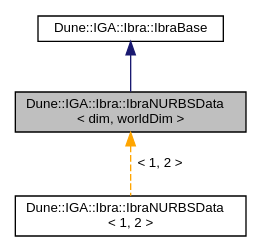
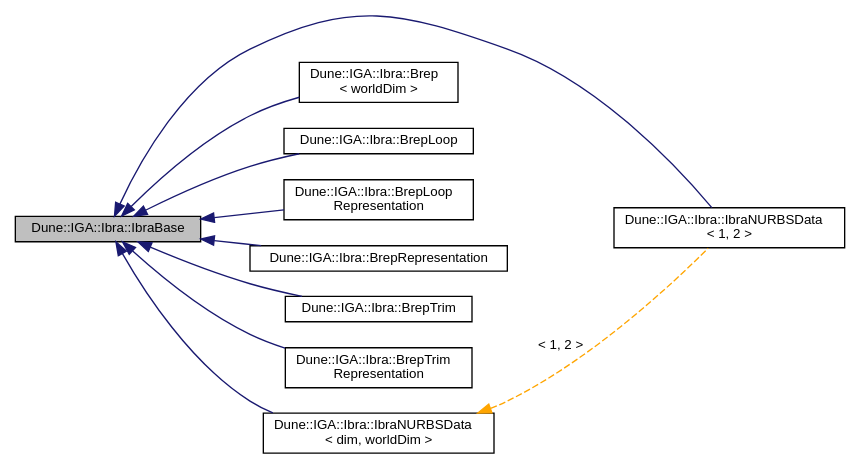
Before and after one commit to rath3t/dune-iga-doc: the diagram in df/db8/a01317.dot, drawn with Graphviz. The commit also changed 1449 other files, not shown here.

Commit message:
deploy: rath3t/dune-iga@c37fb8baec5ad367eeeef185a6493b53d9910953

```diff
--- a/df/db8/a01317.dot
+++ b/df/db8/a01317.dot
@@ -1,11 +1,25 @@
-digraph "Dune::IGA::Ibra::IbraNURBSData&lt; dim, worldDim &gt;"
+digraph "Dune::IGA::Ibra::IbraBase"
 {
  // LATEX_PDF_SIZE
   edge [fontname="Helvetica",fontsize="10",labelfontname="Helvetica",labelfontsize="10"];
   node [fontname="Helvetica",fontsize="10",shape=record];
-  Node1 [label="Dune::IGA::Ibra::IbraNURBSData\l\< dim, worldDim \>",height=0.2,width=0.4,color="black", fillcolor="grey75", style="filled", fontcolor="black",tooltip=" "];
-  Node2 -> Node1 [dir="back",color="midnightblue",fontsize="10",style="solid",fontname="Helvetica"];
-  Node2 [label="Dune::IGA::Ibra::IbraBase",height=0.2,width=0.4,color="black", fillcolor="white", style="filled",URL="$d9/de6/a01314.html",tooltip=" "];
-  Node1 -> Node3 [dir="back",color="orange",fontsize="10",style="dashed",label=" \< 1, 2 \>" ,fontname="Helvetica"];
-  Node3 [label="Dune::IGA::Ibra::IbraNURBSData\l\< 1, 2 \>",height=0.2,width=0.4,color="black", fillcolor="white", style="filled",URL="$d6/dfa/a01318.html",tooltip=" "];
+  rankdir="LR";
+  Node1 [label="Dune::IGA::Ibra::IbraBase",height=0.2,width=0.4,color="black", fillcolor="grey75", style="filled", fontcolor="black",tooltip=" "];
+  Node1 -> Node2 [dir="back",color="midnightblue",fontsize="10",style="solid",fontname="Helvetica"];
+  Node2 [label="Dune::IGA::Ibra::IbraNURBSData\l\< 1, 2 \>",height=0.2,width=0.4,color="black", fillcolor="white", style="filled",URL="$d5/df4/a01322.html",tooltip=" "];
+  Node1 -> Node3 [dir="back",color="midnightblue",fontsize="10",style="solid",fontname="Helvetica"];
+  Node3 [label="Dune::IGA::Ibra::Brep\l\< worldDim \>",height=0.2,width=0.4,color="black", fillcolor="white", style="filled",URL="$d9/de4/a01346.html",tooltip=" "];
+  Node1 -> Node4 [dir="back",color="midnightblue",fontsize="10",style="solid",fontname="Helvetica"];
+  Node4 [label="Dune::IGA::Ibra::BrepLoop",height=0.2,width=0.4,color="black", fillcolor="white", style="filled",URL="$d2/d4d/a01338.html",tooltip=" "];
+  Node1 -> Node5 [dir="back",color="midnightblue",fontsize="10",style="solid",fontname="Helvetica"];
+  Node5 [label="Dune::IGA::Ibra::BrepLoop\lRepresentation",height=0.2,width=0.4,color="black", fillcolor="white", style="filled",URL="$d4/dd1/a01334.html",tooltip=" "];
+  Node1 -> Node6 [dir="back",color="midnightblue",fontsize="10",style="solid",fontname="Helvetica"];
+  Node6 [label="Dune::IGA::Ibra::BrepRepresentation",height=0.2,width=0.4,color="black", fillcolor="white", style="filled",URL="$d5/da0/a01342.html",tooltip=" "];
+  Node1 -> Node7 [dir="back",color="midnightblue",fontsize="10",style="solid",fontname="Helvetica"];
+  Node7 [label="Dune::IGA::Ibra::BrepTrim",height=0.2,width=0.4,color="black", fillcolor="white", style="filled",URL="$d5/d78/a01330.html",tooltip=" "];
+  Node1 -> Node8 [dir="back",color="midnightblue",fontsize="10",style="solid",fontname="Helvetica"];
+  Node8 [label="Dune::IGA::Ibra::BrepTrim\lRepresentation",height=0.2,width=0.4,color="black", fillcolor="white", style="filled",URL="$d1/d54/a01326.html",tooltip=" "];
+  Node1 -> Node9 [dir="back",color="midnightblue",fontsize="10",style="solid",fontname="Helvetica"];
+  Node9 [label="Dune::IGA::Ibra::IbraNURBSData\l\< dim, worldDim \>",height=0.2,width=0.4,color="black", fillcolor="white", style="filled",URL="$d5/df4/a01322.html",tooltip=" "];
+  Node9 -> Node2 [dir="back",color="orange",fontsize="10",style="dashed",label=" \< 1, 2 \>" ,fontname="Helvetica"];
 }
```
